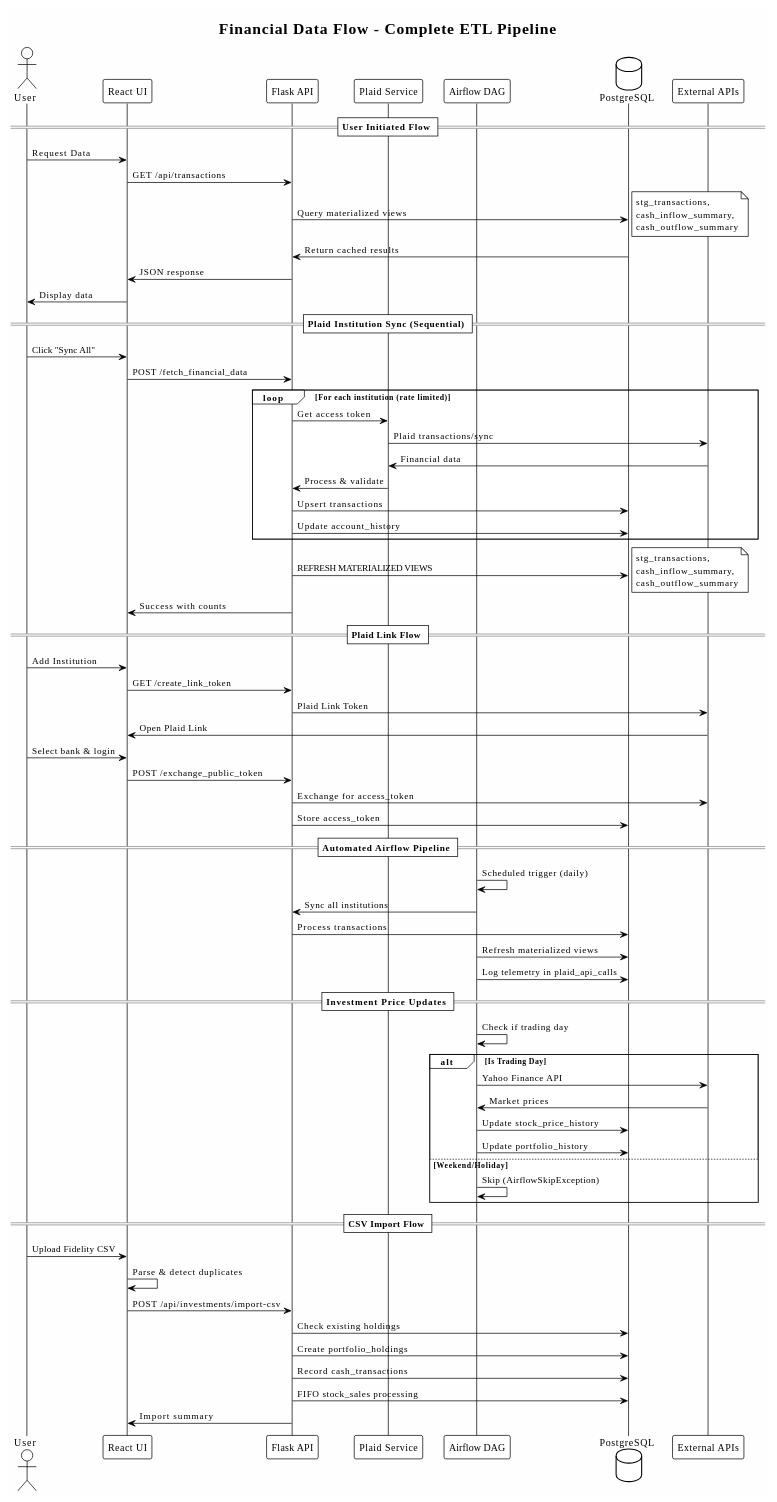
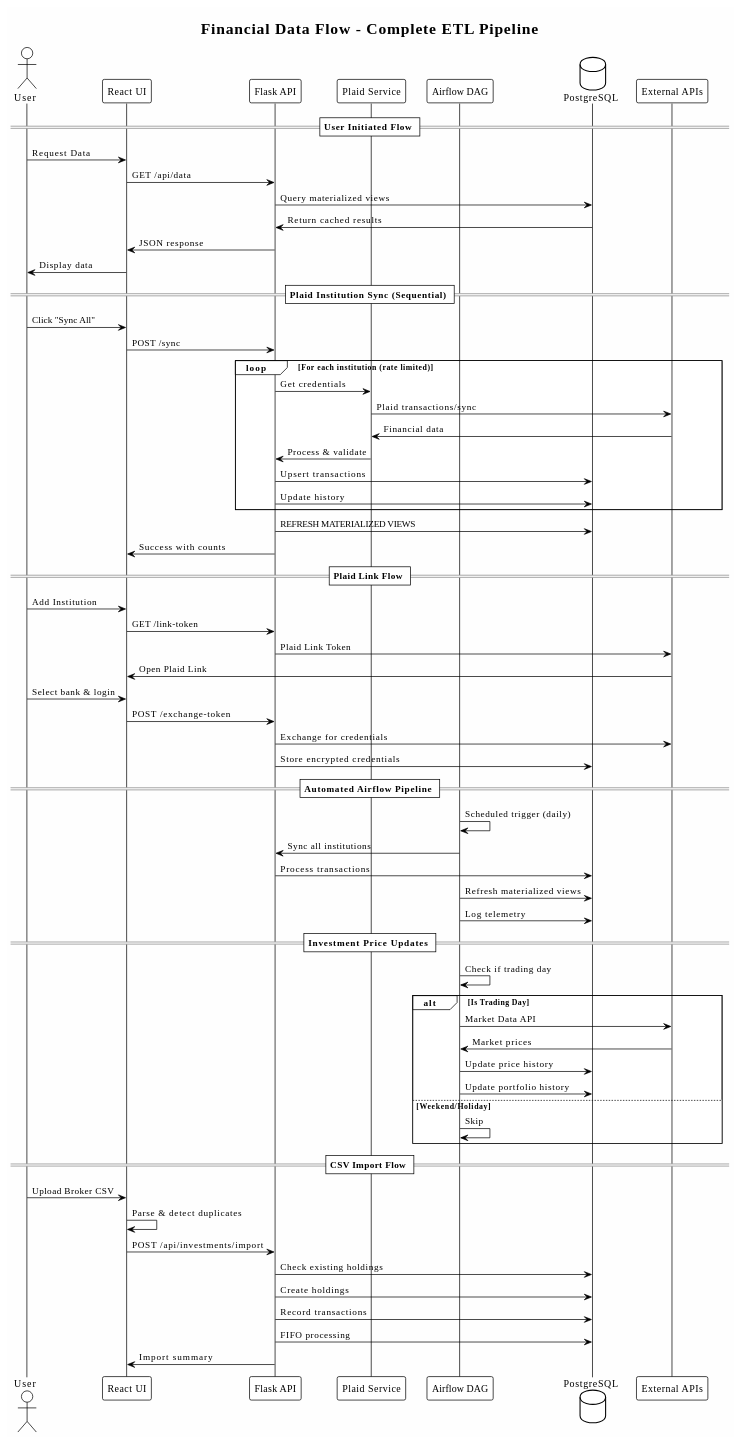
Before and after one commit to m-dur/docs: the second of 2 diagrams in README.md, drawn with PlantUML. The commit also changed other lines of this file and 1 other file, not shown here.

````diff
--- a/README.md
+++ b/README.md
@@ -131,79 +129,77 @@
 ```plantuml
 @startuml
 !theme plain
 skinparam backgroundColor #FEFEFE
 
 title Financial Data Flow - Complete ETL Pipeline
 
 actor User as U
 participant "React UI" as UI
 participant "Flask API" as API
 participant "Plaid Service" as PS
 participant "Airflow DAG" as DAG
 database "PostgreSQL" as DB
 participant "External APIs" as EXT
 
 == User Initiated Flow ==
 U -> UI : Request Data
-UI -> API : GET /api/transactions
+UI -> API : GET /api/data
 API -> DB : Query materialized views
-note right: stg_transactions,\ncash_inflow_summary,\ncash_outflow_summary
 DB -> API : Return cached results
 API -> UI : JSON response
 UI -> U : Display data
 
 == Plaid Institution Sync (Sequential) ==
 U -> UI : Click "Sync All"
-UI -> API : POST /fetch_financial_data
+UI -> API : POST /sync
 loop For each institution (rate limited)
-  API -> PS : Get access token
+  API -> PS : Get credentials
   PS -> EXT : Plaid transactions/sync
   EXT -> PS : Financial data
   PS -> API : Process & validate
   API -> DB : Upsert transactions
-  API -> DB : Update account_history
+  API -> DB : Update history
 end
 API -> DB : REFRESH MATERIALIZED VIEWS
-note right: stg_transactions,\ncash_inflow_summary,\ncash_outflow_summary
 API -> UI : Success with counts
 
 == Plaid Link Flow ==
 U -> UI : Add Institution
-UI -> API : GET /create_link_token
+UI -> API : GET /link-token
 API -> EXT : Plaid Link Token
 EXT -> UI : Open Plaid Link
 U -> UI : Select bank & login
-UI -> API : POST /exchange_public_token
-API -> EXT : Exchange for access_token
-API -> DB : Store access_token
+UI -> API : POST /exchange-token
+API -> EXT : Exchange for credentials
+API -> DB : Store encrypted credentials
 
 == Automated Airflow Pipeline ==
 DAG -> DAG : Scheduled trigger (daily)
 DAG -> API : Sync all institutions
 API -> DB : Process transactions
 DAG -> DB : Refresh materialized views
-DAG -> DB : Log telemetry in plaid_api_calls
+DAG -> DB : Log telemetry
 
 == Investment Price Updates ==
 DAG -> DAG : Check if trading day
 alt Is Trading Day
-  DAG -> EXT : Yahoo Finance API
+  DAG -> EXT : Market Data API
   EXT -> DAG : Market prices
-  DAG -> DB : Update stock_price_history
-  DAG -> DB : Update portfolio_history
+  DAG -> DB : Update price history
+  DAG -> DB : Update portfolio history
 else Weekend/Holiday
-  DAG -> DAG : Skip (AirflowSkipException)
+  DAG -> DAG : Skip
 end
 
 == CSV Import Flow ==
-U -> UI : Upload Fidelity CSV
+U -> UI : Upload Broker CSV
 UI -> UI : Parse & detect duplicates
-UI -> API : POST /api/investments/import-csv
+UI -> API : POST /api/investments/import
 API -> DB : Check existing holdings
-API -> DB : Create portfolio_holdings
-API -> DB : Record cash_transactions
-API -> DB : FIFO stock_sales processing
+API -> DB : Create holdings
+API -> DB : Record transactions
+API -> DB : FIFO processing
 API -> UI : Import summary
 
 @enduml
 ```
````
